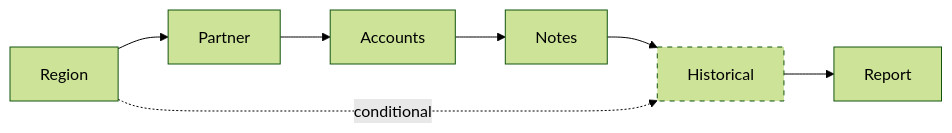
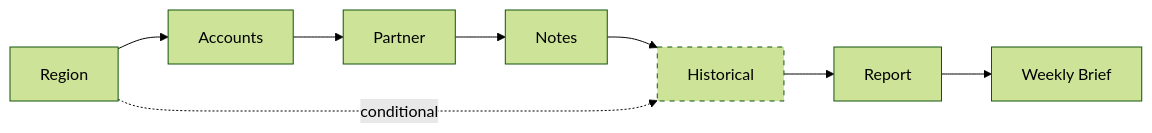
One commit to bryanrossello-collab/github_cx changed the third of 9 diagrams in CAPABILITIES.md. Above: the diagram before and after it, drawn with Mermaid (forest theme). The commit also changed other lines of this file and 10 other files, not shown here.

````diff
--- a/CAPABILITIES.md
+++ b/CAPABILITIES.md
@@ -168,6 +183,6 @@
 ```mermaid
 flowchart LR
-    Region --> Partner --> Accounts --> Notes --> Historical --> Report
+    Region --> Accounts --> Partner --> Notes --> Historical --> Report --> WeeklyBrief["Weekly Brief"]
     Region -.->|conditional| Historical
     style Historical stroke-dasharray: 5 5
 ```
````
